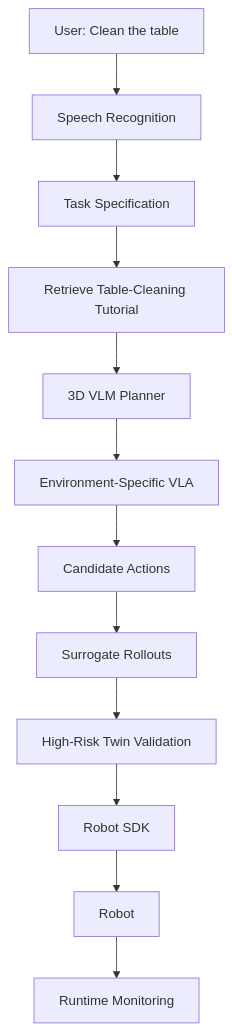
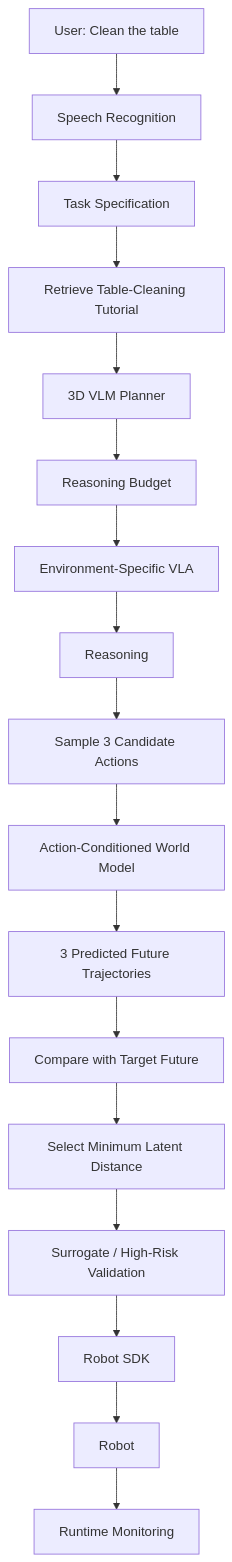
Before and after one commit to Freelunch-AI/freelunch-ide: diagram 13 of 14 in docs/specs/post-demo/lunch_robotics.md, drawn with Mermaid. The commit also changed other lines of this file, not shown here.

````diff
--- a/docs/specs/post-demo/lunch_robotics.md
+++ b/docs/specs/post-demo/lunch_robotics.md
@@ -1070,21 +2012,32 @@
 ```mermaid
 flowchart TD
     A["User: Clean the table"]
     --> B["Speech Recognition"]
 
     B --> C["Task Specification"]
     C --> D["Retrieve Table-Cleaning Tutorial"]
 
     D --> E["3D VLM Planner"]
-    E --> F["Environment-Specific VLA"]
+    E --> F["Reasoning Budget"]
 
-    F --> G["Candidate Actions"]
-    G --> H["Surrogate Rollouts"]
+    F --> G["Environment-Specific VLA"]
 
-    H --> I["High-Risk Twin Validation"]
+    G --> H["Reasoning"]
 
-    I --> J["Robot SDK"]
-    J --> K["Robot"]
+    H --> I["Sample 3 Candidate Actions"]
 
-    K --> L["Runtime Monitoring"]
+    I --> J["Action-Conditioned World Model"]
+
+    J --> K["3 Predicted Future Trajectories"]
+
+    K --> L["Compare with Target Future"]
+
+    L --> M["Select Minimum Latent Distance"]
+
+    M --> N["Surrogate / High-Risk Validation"]
+
+    N --> O["Robot SDK"]
+    O --> P["Robot"]
+
+    P --> Q["Runtime Monitoring"]
 ```
````
